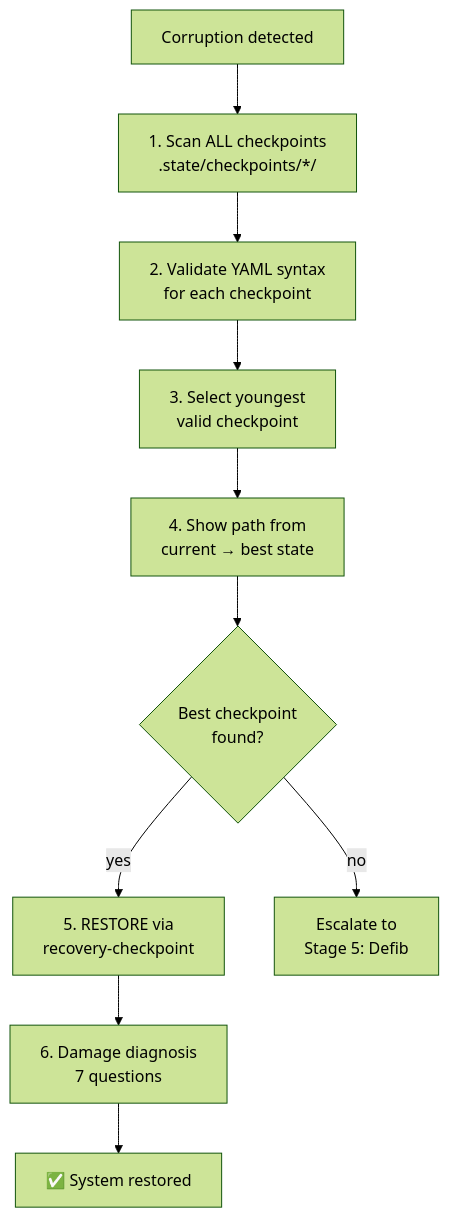
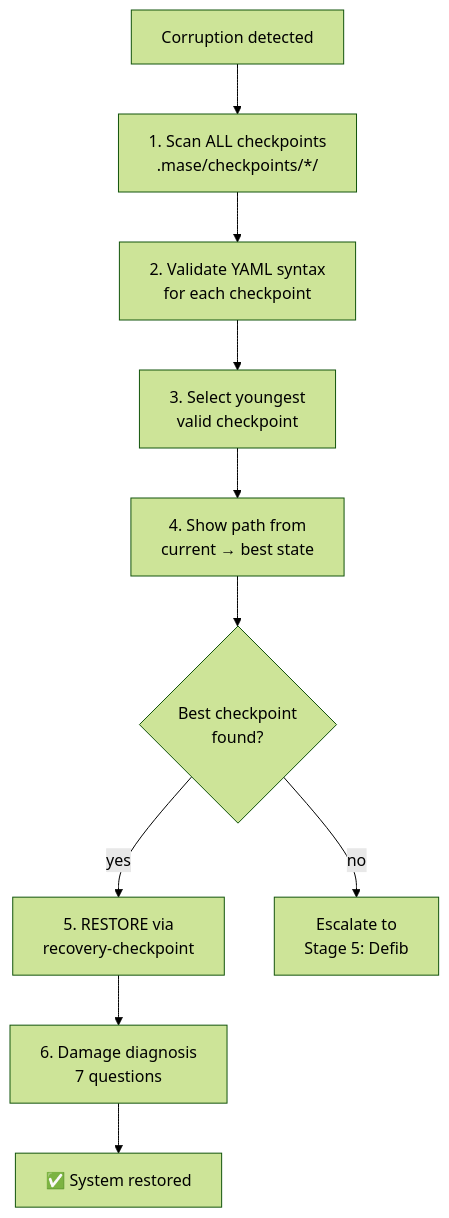
Before and after one commit to mczardybon/mas-engineer: the second of 3 diagrams in docs/recovery-system.md, drawn with Mermaid (forest theme). The commit also changed other lines of this file and 380 other files, not shown here.

First line of the commit message:
🔧 R110-140 — merge all dot-directories into mas-engineer/.mase/ (323 files, +1459/-1456)

````diff
--- a/docs/recovery-system.md
+++ b/docs/recovery-system.md
@@ -83,12 +83,12 @@
 ```mermaid
 flowchart TD
-    CORRUPTION["Corruption detected"] --> SCAN["1. Scan ALL checkpoints\n.state/checkpoints/*/"]
+    CORRUPTION["Corruption detected"] --> SCAN["1. Scan ALL checkpoints\n.mase/checkpoints/*/"]
     SCAN --> VALIDATE["2. Validate YAML syntax\nfor each checkpoint"]
     VALIDATE --> SELECT["3. Select youngest\nvalid checkpoint"]
     SELECT --> SHOW["4. Show path from\ncurrent → best state"]
     SHOW --> ASK{"Best checkpoint\nfound?"}
     ASK -->|yes| RESTORE["5. RESTORE via\nrecovery-checkpoint"]
     ASK -->|no| DEFIB["Escalate to\nStage 5: Defib"]
     RESTORE --> DIAGNOSE["6. Damage diagnosis\n7 questions"]
     DIAGNOSE --> RESULT["✅ System restored"]
 ```
````
